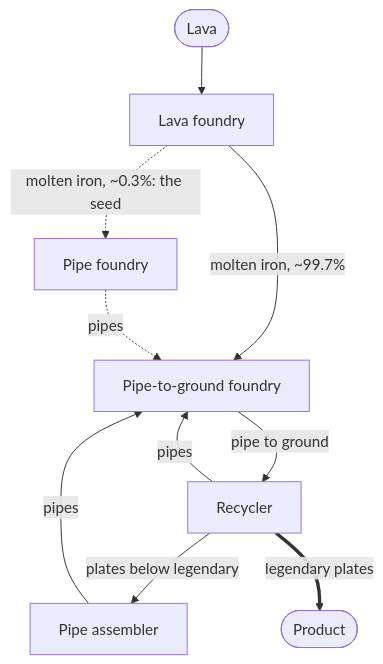
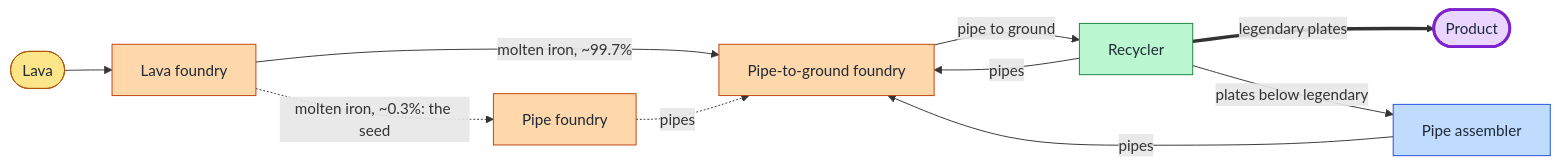
One commit to benmol1/factorio changed the diagram in docs/pipe-chain-optimiser.md. Above: the diagram before and after it, drawn with Mermaid.

Commit message:
Lay out the pipe chain diagram left to right with colours

````diff
--- a/docs/pipe-chain-optimiser.md
+++ b/docs/pipe-chain-optimiser.md
@@ -11,12 +11,23 @@
 ```mermaid
-flowchart TD
+flowchart LR
     lava([Lava]) --> LF[Lava foundry]
     LF -->|molten iron, ~99.7%| PTGF[Pipe-to-ground foundry]
     LF -.->|molten iron, ~0.3%: the seed| PF[Pipe foundry]
     PF -.->|pipes| PTGF
     PTGF -->|pipe to ground| R[Recycler]
+    R ==>|legendary plates| OUT([Product])
     R -->|pipes| PTGF
     R -->|plates below legendary| PA[Pipe assembler]
     PA -->|pipes| PTGF
-    R ==>|legendary plates| OUT([Product])
+
+    classDef source fill:#fde68a,stroke:#b45309,color:#1f2937
+    classDef foundry fill:#fed7aa,stroke:#c2410c,color:#1f2937
+    classDef recycler fill:#bbf7d0,stroke:#15803d,color:#1f2937
+    classDef assembler fill:#bfdbfe,stroke:#1d4ed8,color:#1f2937
+    classDef product fill:#e9d5ff,stroke:#7e22ce,stroke-width:3px,color:#1f2937
+    class lava source
+    class LF,PF,PTGF foundry
+    class R recycler
+    class PA assembler
+    class OUT product
 ```
````
